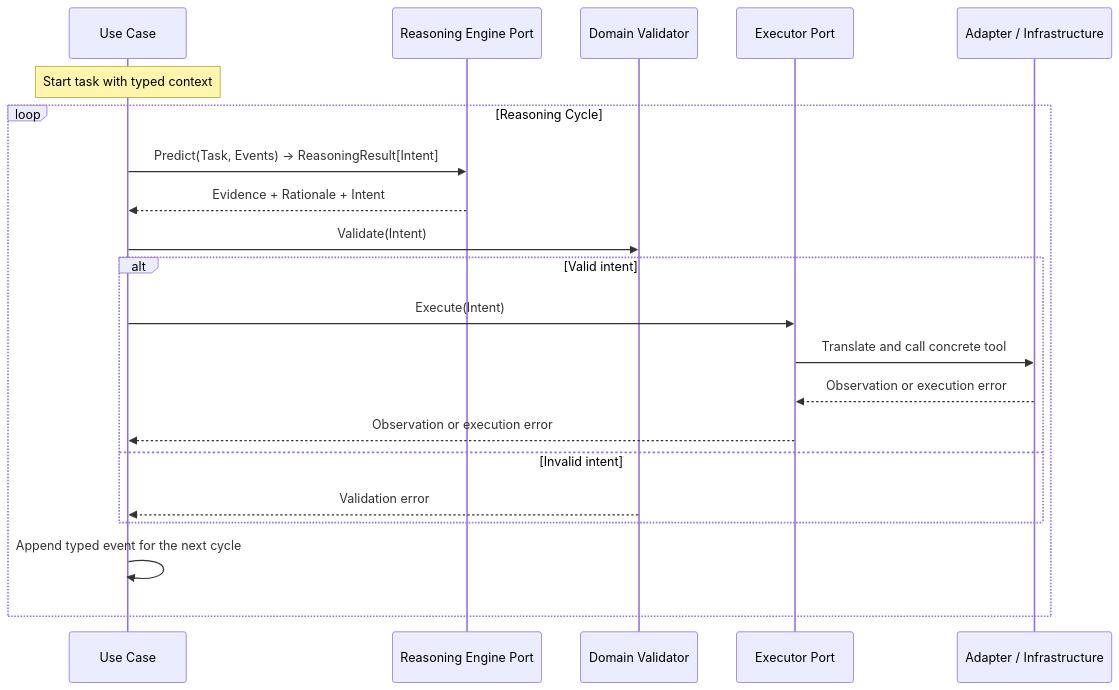
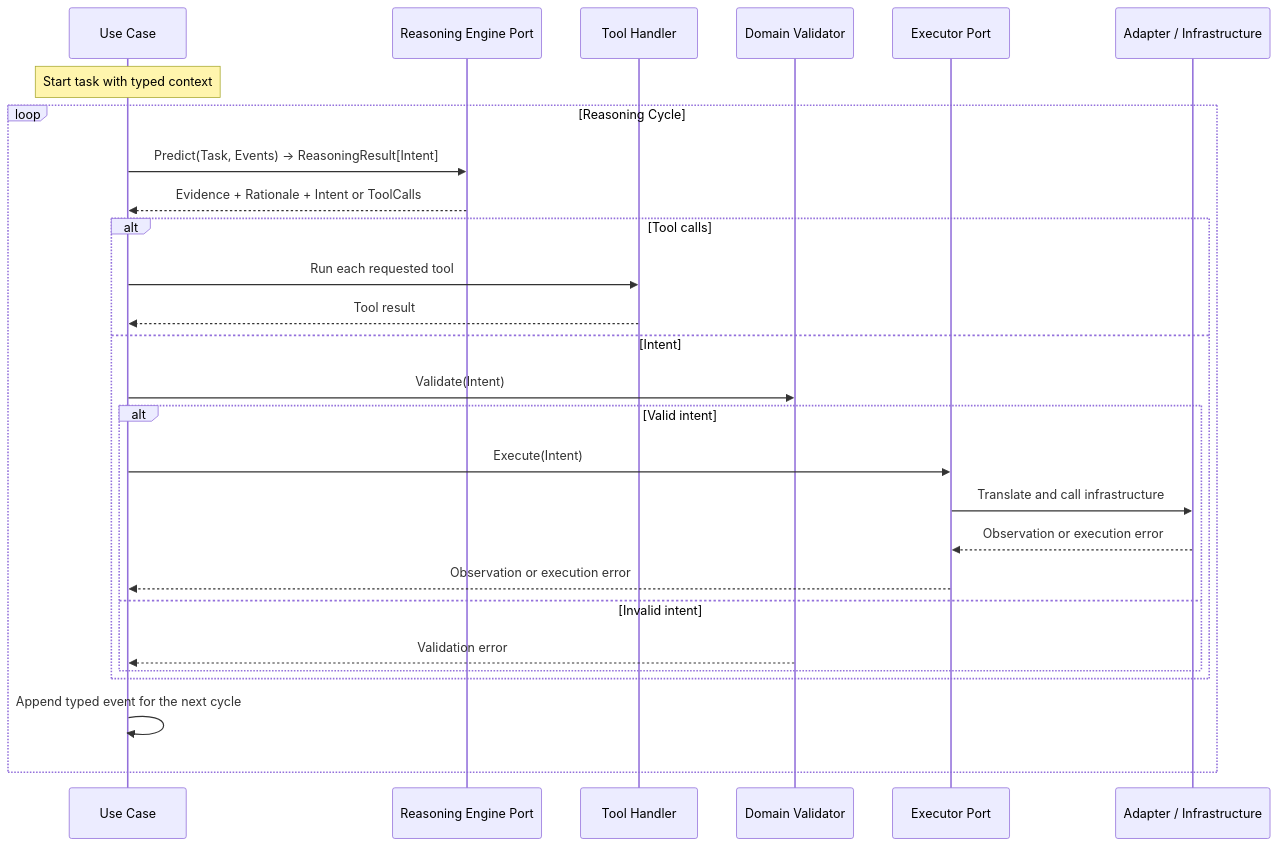
One commit to flarexio/stoa changed the diagram in docs/architecture.md. Above: the diagram before and after it, drawn with Mermaid. The commit also changed other lines of this file and 16 other files, not shown here.

First line of the commit message:
Add a typed tool-call mechanism to the harness loop (first tool: account lookup) (#30)

````diff
--- a/docs/architecture.md
+++ b/docs/architecture.md
@@ -115,26 +115,32 @@
 ```mermaid
 sequenceDiagram
     participant UC as Use Case
     participant RE as Reasoning Engine Port
+    participant TOOL as Tool Handler
     participant DOM as Domain Validator
     participant EX as Executor Port
     participant AD as Adapter / Infrastructure
 
     Note over UC: Start task with typed context
     loop Reasoning Cycle
         UC->>RE: Predict(Task, Events) -> ReasoningResult[Intent]
-        RE-->>UC: Evidence + Rationale + Intent
-        UC->>DOM: Validate(Intent)
+        RE-->>UC: Evidence + Rationale + Intent or ToolCalls
 
-        alt Valid intent
-            UC->>EX: Execute(Intent)
-            EX->>AD: Translate and call concrete tool
-            AD-->>EX: Observation or execution error
-            EX-->>UC: Observation or execution error
-        else Invalid intent
-            DOM-->>UC: Validation error
+        alt Tool calls
+            UC->>TOOL: Run each requested tool
+            TOOL-->>UC: Tool result
+        else Intent
+            UC->>DOM: Validate(Intent)
+            alt Valid intent
+                UC->>EX: Execute(Intent)
+                EX->>AD: Translate and call infrastructure
+                AD-->>EX: Observation or execution error
+                EX-->>UC: Observation or execution error
+            else Invalid intent
+                DOM-->>UC: Validation error
+            end
         end
 
         UC->>UC: Append typed event for the next cycle
     end
 ```
````
